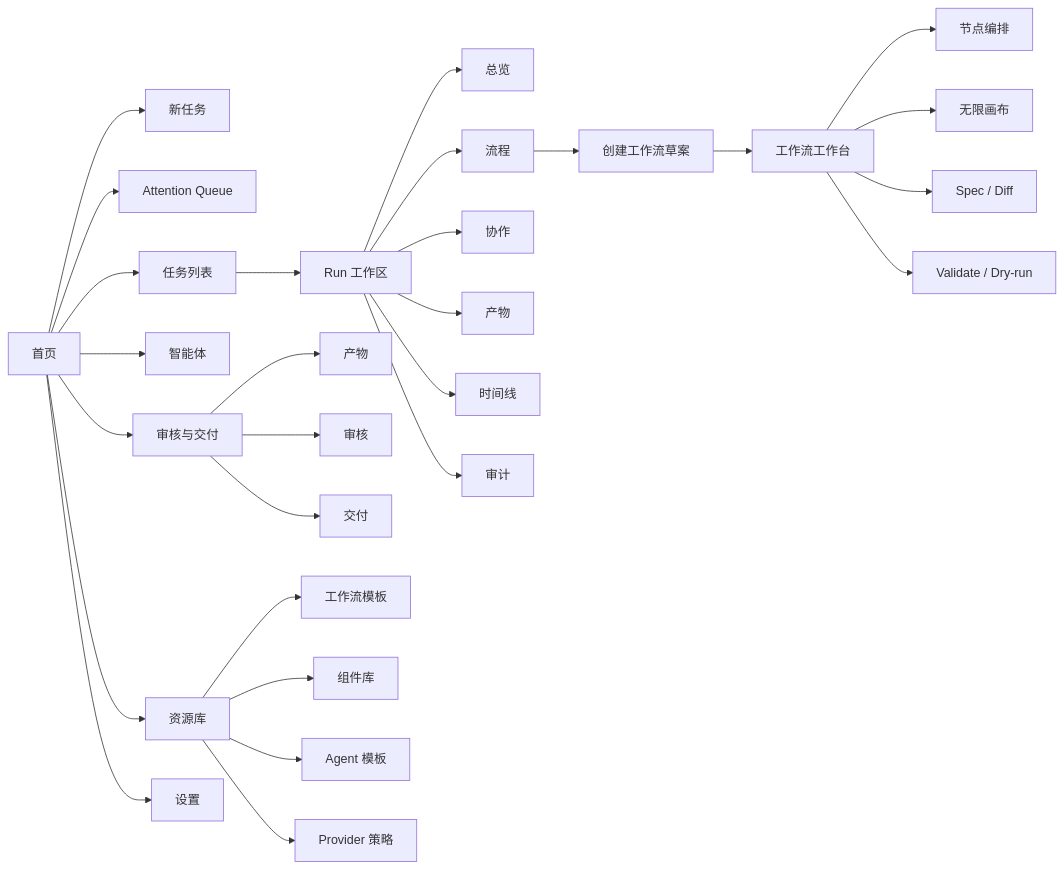
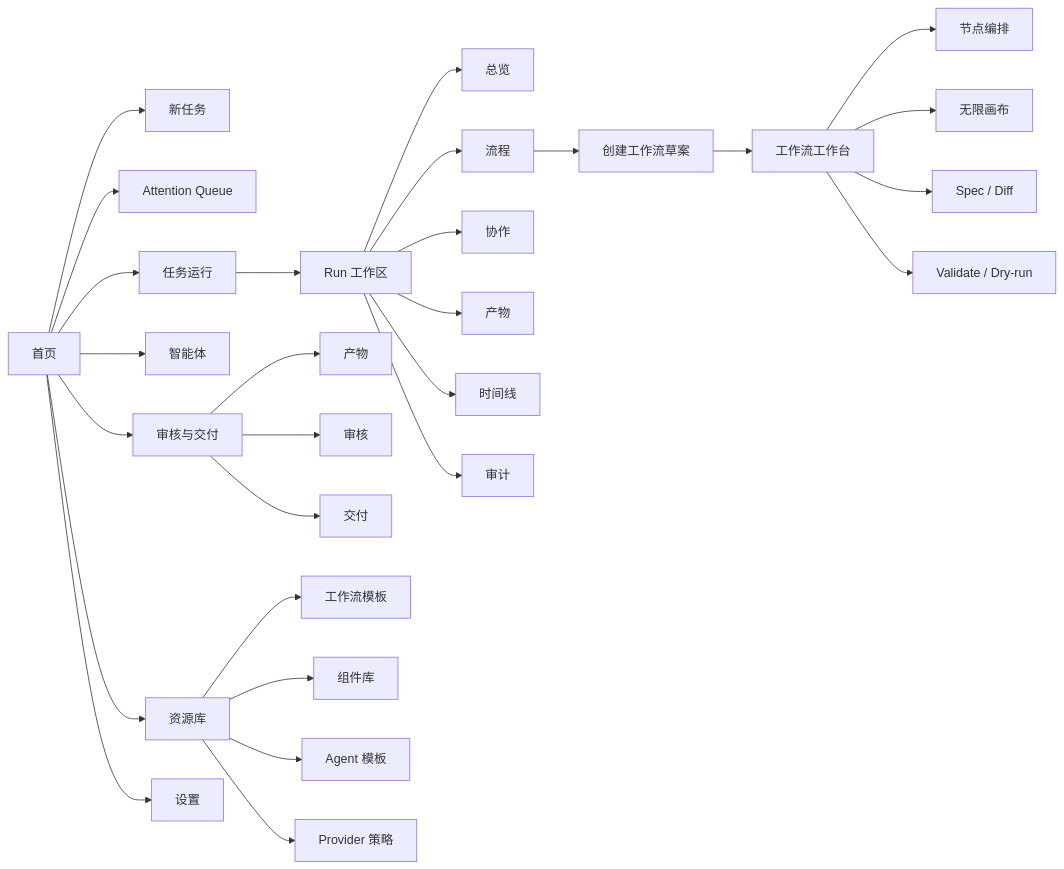
The sixth of 6 diagrams in 16_融合_产品信息架构与设计图规划.md (haozhangyue/miracle-agent), drawn with Mermaid before and after one commit. The commit also changed other lines of this file and 9 other files, not shown here.

````diff
--- a/16_融合_产品信息架构与设计图规划.md
+++ b/16_融合_产品信息架构与设计图规划.md
@@ -894,36 +1004,36 @@
 ```mermaid
 flowchart LR
   Home["首页"] --> Launch["新任务"]
   Home --> Attention["Attention Queue"]
-  Home --> Runs["任务列表"]
+  Home --> Runs["任务运行"]
 
   Runs --> Run["Run 工作区"]
   Run --> RunOverview["总览"]
   Run --> RunFlow["流程"]
   Run --> RunAgents["协作"]
   Run --> RunArtifacts["产物"]
   Run --> RunTimeline["时间线"]
   Run --> RunAudit["审计"]
 
   RunFlow --> Draft["创建工作流草案"]
   Draft --> Studio["工作流工作台"]
 
   Studio --> Dag["节点编排"]
   Studio --> Canvas["无限画布"]
   Studio --> Spec["Spec / Diff"]
   Studio --> DryRun["Validate / Dry-run"]
 
   Home --> AgentCenter["智能体"]
   Home --> Delivery["审核与交付"]
   Delivery --> ArtifactCenter["产物"]
   Delivery --> ReviewCenter["审核"]
   Delivery --> PublishCenter["交付"]
 
   Home --> Library["资源库"]
   Library --> Templates["工作流模板"]
   Library --> Components["组件库"]
   Library --> AgentTemplates["Agent 模板"]
   Library --> Policies["Provider 策略"]
 
   Home --> Settings["设置"]
 ```
````
